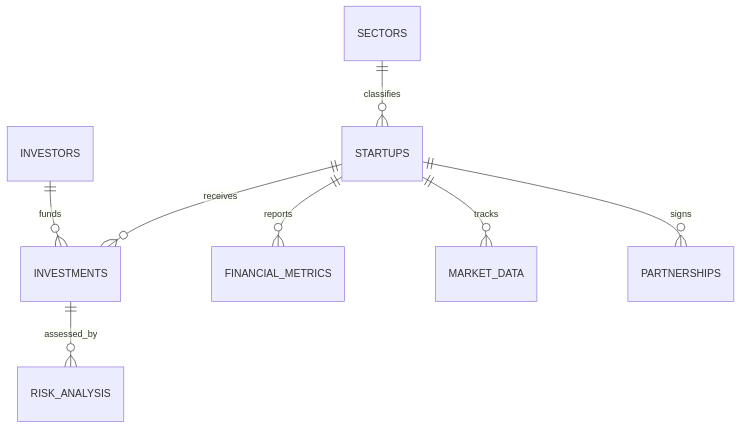
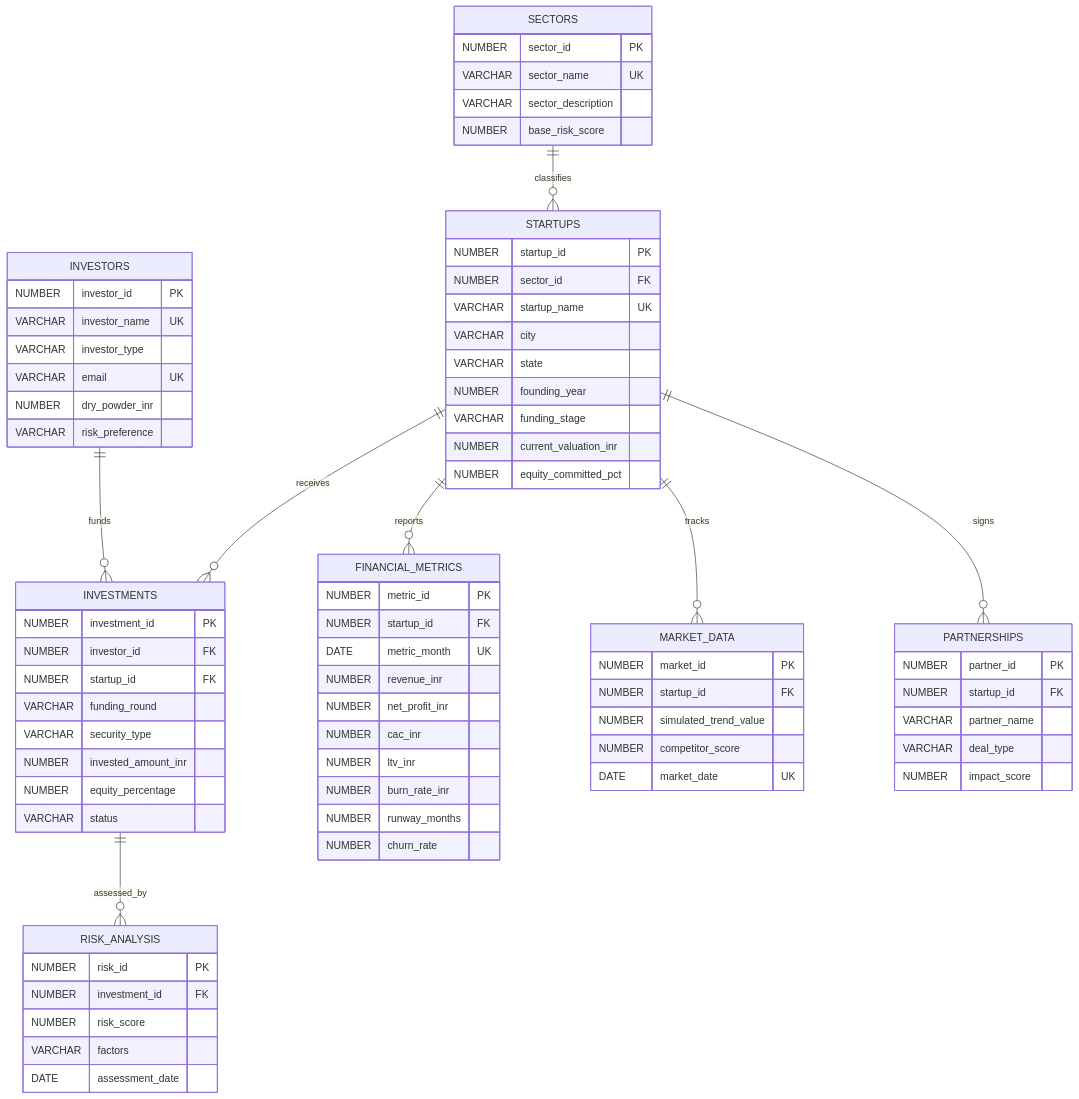
The diagram in docs/er-diagram-and-viva-guide.md (Kavaykhurana/start-dbms), drawn with Mermaid before and after one commit. The commit also changed 5 other files, not shown here.

Commit message:
Fix ER diagram and expose DBMS tables

````diff
--- a/docs/er-diagram-and-viva-guide.md
+++ b/docs/er-diagram-and-viva-guide.md
@@ -32,4 +32,80 @@
     STARTUPS ||--o{ MARKET_DATA : tracks
     STARTUPS ||--o{ PARTNERSHIPS : signs
     INVESTMENTS ||--o{ RISK_ANALYSIS : assessed_by
+
+    SECTORS {
+        NUMBER sector_id PK
+        VARCHAR sector_name UK
+        VARCHAR sector_description
+        NUMBER base_risk_score
+    }
+
+    STARTUPS {
+        NUMBER startup_id PK
+        NUMBER sector_id FK
+        VARCHAR startup_name UK
+        VARCHAR city
+        VARCHAR state
+        NUMBER founding_year
+        VARCHAR funding_stage
+        NUMBER current_valuation_inr
+        NUMBER equity_committed_pct
+    }
+
+    INVESTORS {
+        NUMBER investor_id PK
+        VARCHAR investor_name UK
+        VARCHAR investor_type
+        VARCHAR email UK
+        NUMBER dry_powder_inr
+        VARCHAR risk_preference
+    }
+
+    INVESTMENTS {
+        NUMBER investment_id PK
+        NUMBER investor_id FK
+        NUMBER startup_id FK
+        VARCHAR funding_round
+        VARCHAR security_type
+        NUMBER invested_amount_inr
+        NUMBER equity_percentage
+        VARCHAR status
+    }
+
+    FINANCIAL_METRICS {
+        NUMBER metric_id PK
+        NUMBER startup_id FK
+        DATE metric_month UK
+        NUMBER revenue_inr
+        NUMBER net_profit_inr
+        NUMBER cac_inr
+        NUMBER ltv_inr
+        NUMBER burn_rate_inr
+        NUMBER runway_months
+        NUMBER churn_rate
+    }
+
+    MARKET_DATA {
+        NUMBER market_id PK
+        NUMBER startup_id FK
+        NUMBER simulated_trend_value
+        NUMBER competitor_score
+        DATE market_date UK
+    }
+
+    PARTNERSHIPS {
+        NUMBER partner_id PK
+        NUMBER startup_id FK
+        VARCHAR partner_name
+        VARCHAR deal_type
+        NUMBER impact_score
+    }
+
+    RISK_ANALYSIS {
+        NUMBER risk_id PK
+        NUMBER investment_id FK
+        NUMBER risk_score
+        VARCHAR factors
+        DATE assessment_date
+    }
 ```
````
